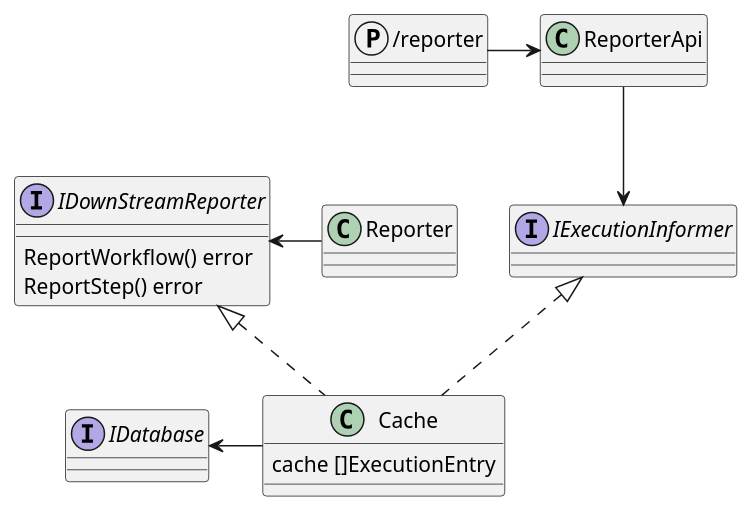
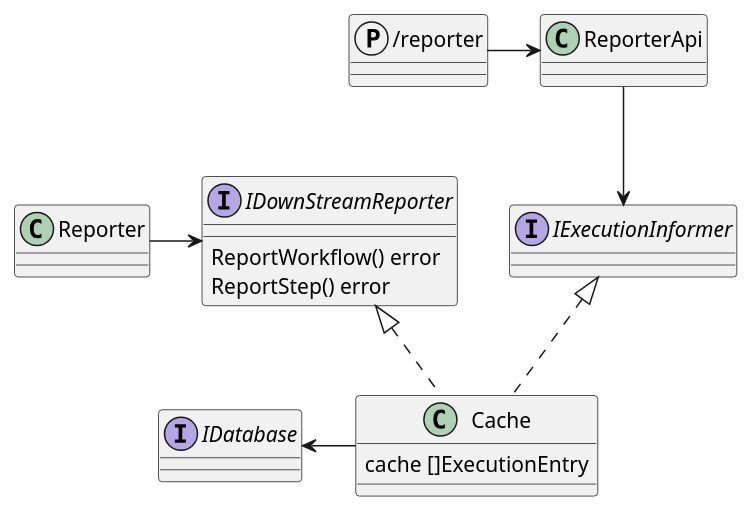
The second of 2 diagrams in docs/content/en/docs/core-components/reporting.md (COSSAS/SOARCA), drawn with PlantUML before and after one commit. The commit also changed other lines of this file and 1 other file, not shown here.

````diff
--- a/docs/content/en/docs/core-components/reporting.md
+++ b/docs/content/en/docs/core-components/reporting.md
@@ -94,30 +94,30 @@
 ```plantuml
 @startuml
 
 protocol /reporter
 
 interface IDownStreamReporter {
     ReportWorkflow() error
 	ReportStep() error
 }
 interface IDatabase
 
 interface IExecutionInformer
 
 class ReporterApi
 class Reporter
 class Cache {
     cache []ExecutionEntry
 }
 
 
 "/reporter" -right-> ReporterApi
 
-Reporter -left-> IDownStreamReporter
+Reporter -> IDownStreamReporter
 Cache -left-> IDatabase
 
 Cache .up.|> IDownStreamReporter
 Cache .up.|> IExecutionInformer
 ReporterApi -down-> IExecutionInformer
 
 ```
````
